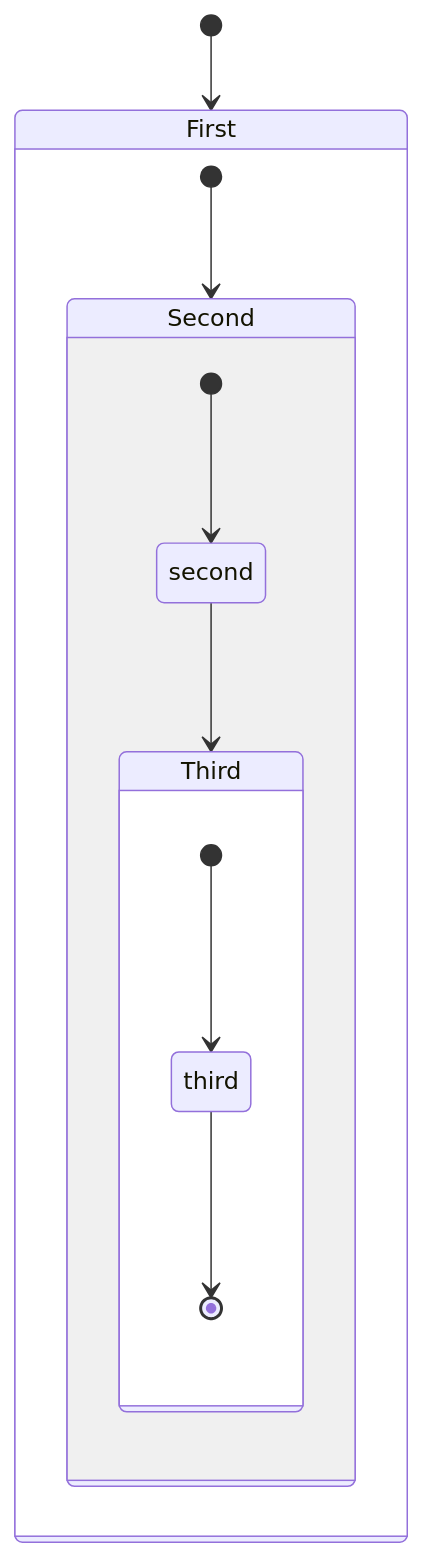
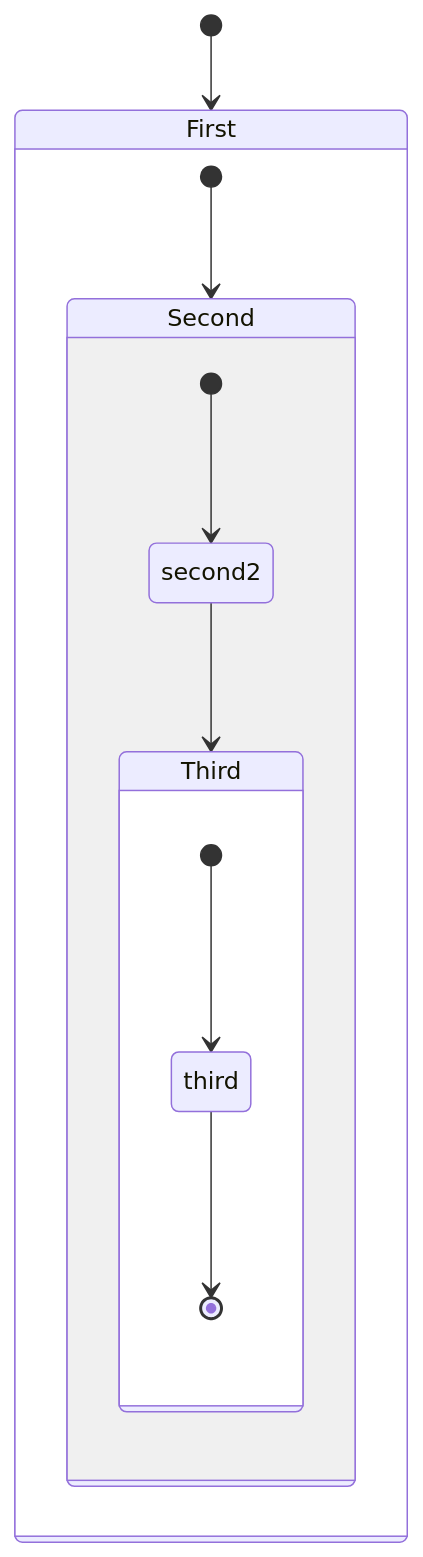
Before and after one commit to aazminu/mermaid: the ninth of 13 diagrams in docs/stateDiagram.md, drawn with Mermaid. The commit also changed 6 other files, not shown here.

````diff
--- a/docs/stateDiagram.md
+++ b/docs/stateDiagram.md
@@ -159,17 +159,17 @@
 ```mermaid
-stateDiagram
+stateDiagram-v2
     [*] --> First
 
     state First {
         [*] --> Second
         state Second {
-            [*] --> second
-            second --> Third
+            [*] --> second2
+            second2 --> Third
 
             state Third {
                 [*] --> third
                 third --> [*]
             }
         }
     }
 ```
````
